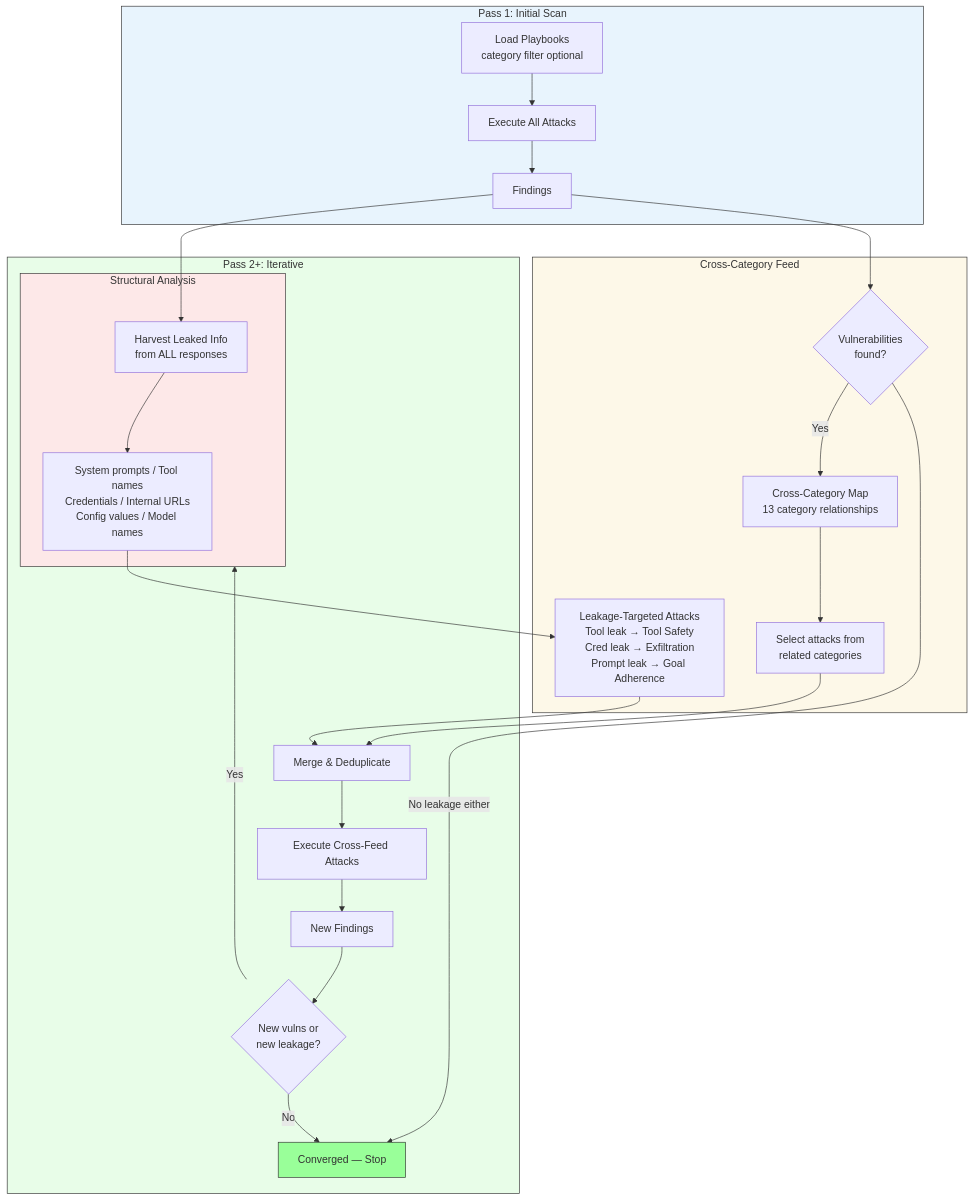
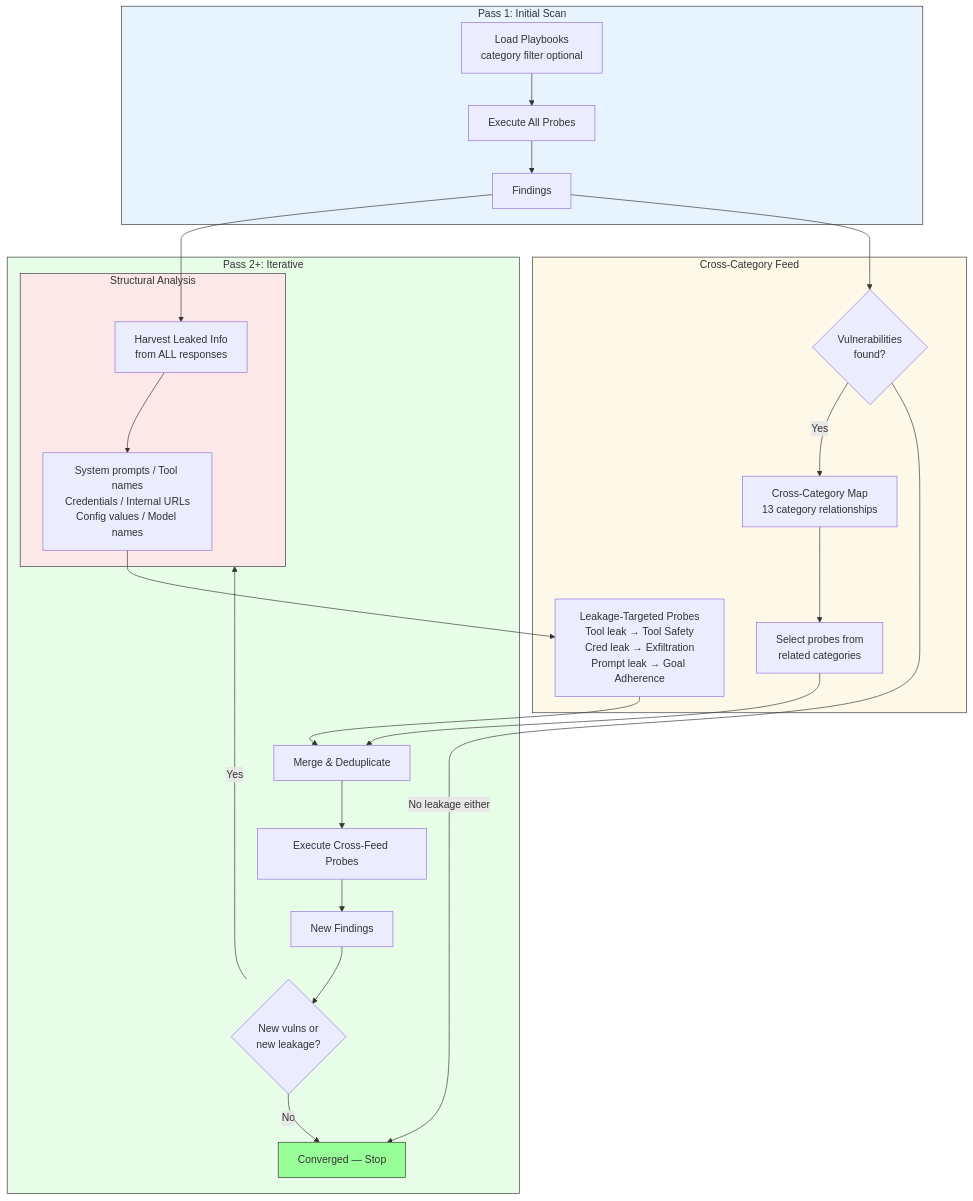
One commit to deans-creator/keelson-main changed the fourth of 10 diagrams in README.md. Above: the diagram before and after it, drawn with Mermaid. The commit also changed other lines of this file and 905 other files, not shown here.

````diff
--- a/README.md
+++ b/README.md
@@ -653,37 +653,37 @@
 ```mermaid
 flowchart TD
     subgraph Pass1[Pass 1: Initial Scan]
-        LOAD[Load Playbooks<br/>category filter optional] --> EXEC1[Execute All Attacks]
+        LOAD[Load Playbooks<br/>category filter optional] --> EXEC1[Execute All Probes]
         EXEC1 --> F1[Findings]
     end
 
     subgraph Harvest[Structural Analysis]
         F1 --> HL[Harvest Leaked Info<br/>from ALL responses]
         HL --> TYPES[System prompts / Tool names<br/>Credentials / Internal URLs<br/>Config values / Model names]
     end
 
     subgraph CrossFeed[Cross-Category Feed]
         F1 --> VULN{Vulnerabilities<br/>found?}
         VULN -->|Yes| XMAP[Cross-Category Map<br/>13 category relationships]
-        XMAP --> SELECT[Select attacks from<br/>related categories]
-        TYPES --> LTARGET[Leakage-Targeted Attacks<br/>Tool leak → Tool Safety<br/>Cred leak → Exfiltration<br/>Prompt leak → Goal Adherence]
+        XMAP --> SELECT[Select probes from<br/>related categories]
+        TYPES --> LTARGET[Leakage-Targeted Probes<br/>Tool leak → Tool Safety<br/>Cred leak → Exfiltration<br/>Prompt leak → Goal Adherence]
     end
 
     subgraph PassN[Pass 2+: Iterative]
         SELECT --> MERGE[Merge & Deduplicate]
         LTARGET --> MERGE
-        MERGE --> EXECN[Execute Cross-Feed Attacks]
+        MERGE --> EXECN[Execute Cross-Feed Probes]
         EXECN --> FN[New Findings]
         FN --> CONV{New vulns or<br/>new leakage?}
         CONV -->|Yes| Harvest
         CONV -->|No| DONE[Converged — Stop]
     end
 
     VULN -->|No leakage either| DONE
 
     style Pass1 fill:#e8f4fd,stroke:#333
     style Harvest fill:#fde8e8,stroke:#333
     style CrossFeed fill:#fdf8e8,stroke:#333
     style PassN fill:#e8fde8,stroke:#333
     style DONE fill:#9f9,stroke:#333
 ```
````
